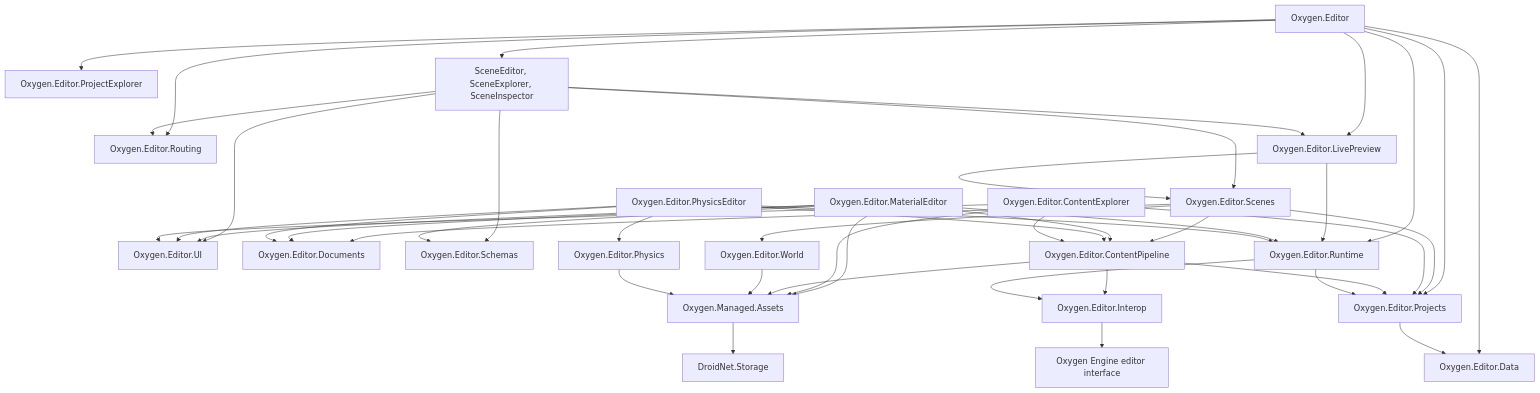
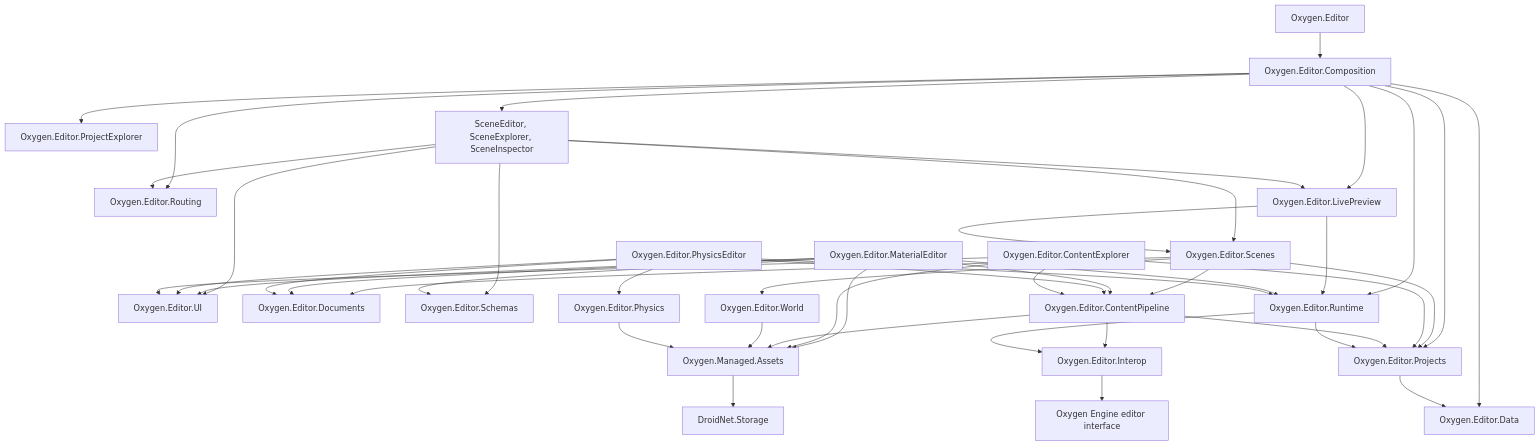
Before and after one commit to abdes/DroidNet: the tenth of 10 diagrams in design/editor/ARCHITECTURE.md, drawn with Mermaid. The commit also changed other lines of this file and 73 other files, not shown here.

````diff
--- a/design/editor/ARCHITECTURE.md
+++ b/design/editor/ARCHITECTURE.md
@@ -1009,69 +1010,71 @@
 ```mermaid
 flowchart TB
     App[Oxygen.Editor]
+    Root[Oxygen.Editor.Composition]
     UI[Oxygen.Editor.UI]
     Routing[Oxygen.Editor.Routing]
     PB[Oxygen.Editor.ProjectExplorer]
     Docs[Oxygen.Editor.Documents]
     Schemas[Oxygen.Editor.Schemas]
     SceneFeatures[SceneEditor, SceneExplorer, SceneInspector]
     Scenes[Oxygen.Editor.Scenes]
     LivePreview[Oxygen.Editor.LivePreview]
     MaterialEditor[Oxygen.Editor.MaterialEditor]
     PhysicsEditor[Oxygen.Editor.PhysicsEditor]
     ContentExplorer[Oxygen.Editor.ContentExplorer]
     Projects[Oxygen.Editor.Projects]
     Pipeline[Oxygen.Editor.ContentPipeline]
     Runtime[Oxygen.Editor.Runtime]
     Interop[Oxygen.Editor.Interop]
     World[Oxygen.Editor.World]
     Physics[Oxygen.Editor.Physics]
     Data[Oxygen.Editor.Data]
     Assets[Oxygen.Managed.Assets]
     Storage[DroidNet.Storage]
     Engine[Oxygen Engine editor interface]
 
-    App --> PB
-    App --> SceneFeatures
-    App --> LivePreview
-    App --> Projects
-    App --> Runtime
-    App --> Data
-    App --> Routing
+    App --> Root
+    Root --> PB
+    Root --> SceneFeatures
+    Root --> LivePreview
+    Root --> Projects
+    Root --> Runtime
+    Root --> Data
+    Root --> Routing
     SceneFeatures --> UI
     SceneFeatures --> Routing
     SceneFeatures --> Schemas
     SceneFeatures --> Scenes
     SceneFeatures --> LivePreview
     Scenes --> Docs
     Scenes --> World
     Scenes --> Projects
     Scenes --> Pipeline
     LivePreview --> Scenes
     LivePreview --> Runtime
     MaterialEditor --> UI
     MaterialEditor --> Docs
     MaterialEditor --> Schemas
     MaterialEditor --> Assets
     MaterialEditor --> Pipeline
     MaterialEditor --> Runtime
     PhysicsEditor --> UI
     PhysicsEditor --> Docs
     PhysicsEditor --> Physics
     PhysicsEditor --> Pipeline
     PhysicsEditor --> Runtime
     ContentExplorer --> UI
     ContentExplorer --> Assets
     ContentExplorer --> Projects
     ContentExplorer --> Pipeline
     Pipeline --> Assets
     Pipeline --> Projects
     Pipeline --> Interop
     Runtime --> Interop
     Runtime --> Projects
     Interop --> Engine
     World --> Assets
     Physics --> Assets
     Assets --> Storage
     Projects --> Data
 ```
````
